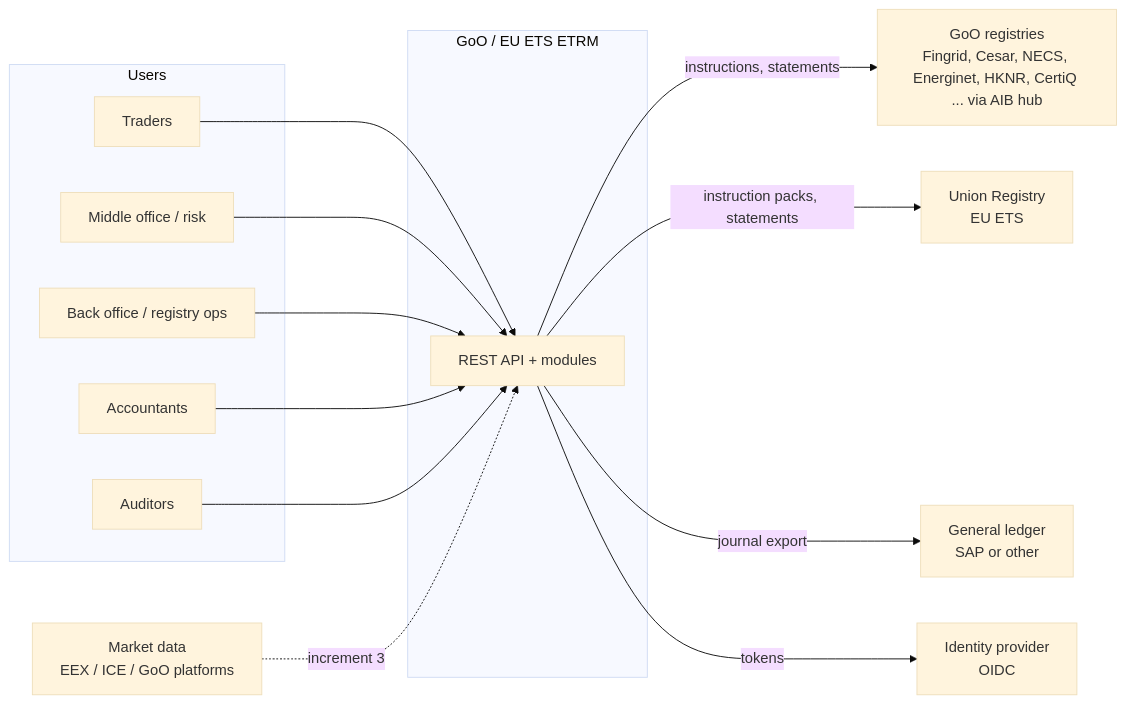
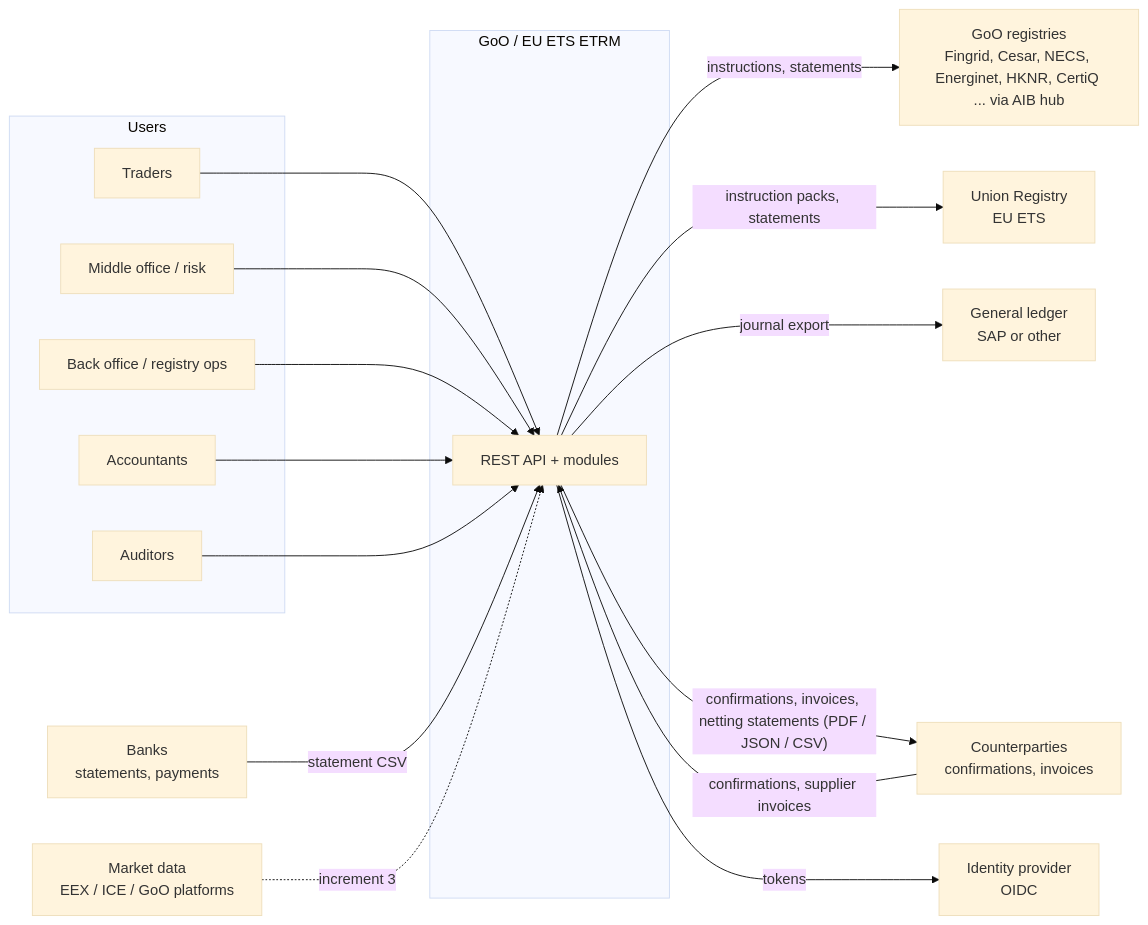
The diagram in docs/arc42/03-context-and-scope.md (Pianonurmi/goo-ets-etrm), drawn with Mermaid (base theme) before and after one commit. The commit also changed other lines of this file and 9 other files, not shown here.

````diff
--- a/docs/arc42/03-context-and-scope.md
+++ b/docs/arc42/03-context-and-scope.md
@@ -3,20 +3,25 @@
 ```mermaid
 flowchart LR
   subgraph Users
     T[Traders] ; MO[Middle office / risk] ; BO[Back office / registry ops] ; AC[Accountants] ; AU[Auditors]
   end
   subgraph ETRM[GoO / EU ETS ETRM]
     API[REST API + modules]
   end
   REG[GoO registries<br/>Fingrid, Cesar, NECS, Energinet, HKNR, CertiQ ... via AIB hub]
+  CP[Counterparties<br/>confirmations, invoices]
+  BANK[Banks<br/>statements, payments]
   UR[Union Registry<br/>EU ETS]
   GL[General ledger<br/>SAP or other]
   IDP[Identity provider<br/>OIDC]
   MD[Market data<br/>EEX / ICE / GoO platforms]
   T & MO & BO & AC & AU --> API
   API -- instructions, statements --> REG
   API -- instruction packs, statements --> UR
   API -- journal export --> GL
+  API -- confirmations, invoices, netting statements (PDF / JSON / CSV) --> CP
+  CP -- confirmations, supplier invoices --> API
+  BANK -- statement CSV --> API
   API -- tokens --> IDP
   MD -. increment 3 .-> API
 ```
````
